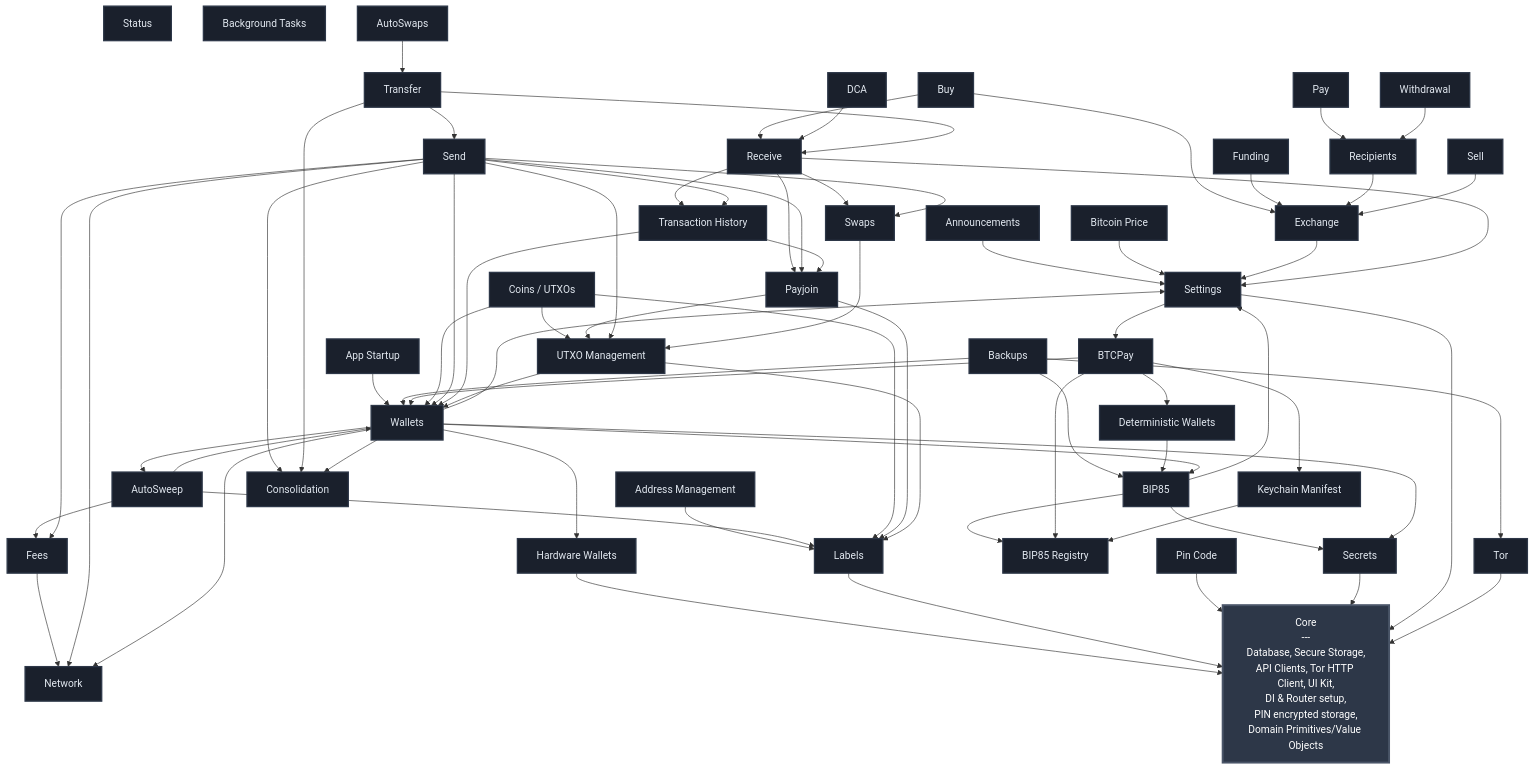
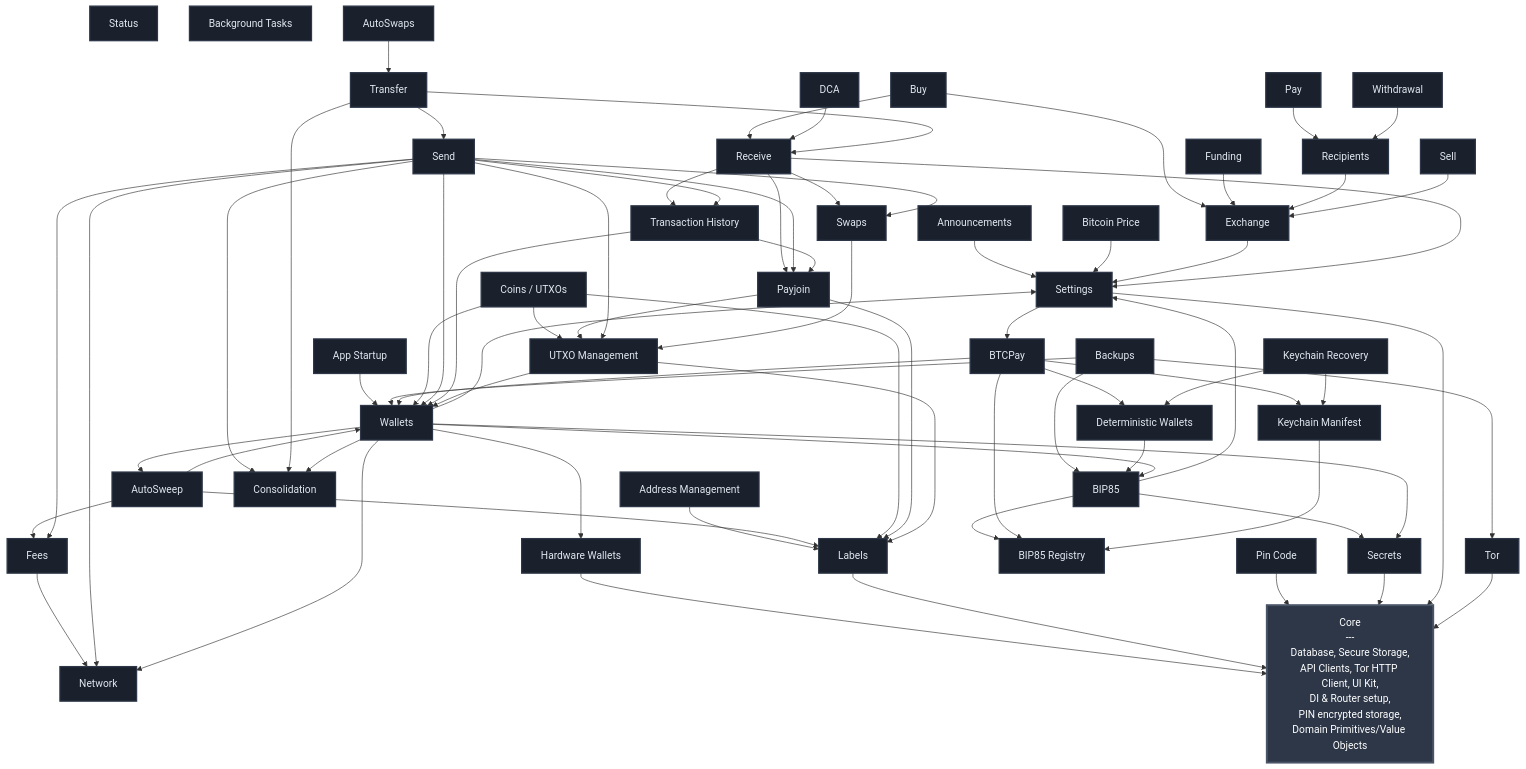
The diagram in FEATURES.md (BullishNode/bullbitcoin-mobile), drawn with Mermaid before and after one commit. The commit also changed 11 other files, not shown here.

Commit message:
feat(keychain_recovery): restore manifest wallet materializations

````diff
--- a/FEATURES.md
+++ b/FEATURES.md
@@ -25,6 +25,7 @@
     BIP85_REGISTRY[BIP85 Registry]
     DETERMINISTIC_WALLETS[Deterministic Wallets]
     KEYCHAIN_MANIFEST[Keychain Manifest]
+    KEYCHAIN_RECOVERY[Keychain Recovery]
     FEES[Fees]
     WALLETS[Wallets]
     EXCHANGE[Exchange]
@@ -75,6 +76,8 @@
     BTCPAY --> DETERMINISTIC_WALLETS
     BTCPAY --> KEYCHAIN_MANIFEST
     BTCPAY --> WALLETS
+    KEYCHAIN_RECOVERY --> DETERMINISTIC_WALLETS
+    KEYCHAIN_RECOVERY --> KEYCHAIN_MANIFEST
     BUY --> EXCHANGE
     BUY --> RECEIVE
     COINS --> UTXO_MGMT
@@ -132,5 +135,5 @@
     classDef featureStyle fill:#1a202c,stroke:#2d3748,stroke-width:2px,color:#e2e8f0
 
     class CORE coreStyle
-    class SETTINGS,TOR,PIN_CODE,LABELS,SECRETS,HW_WALLETS,BTC_PRICE,BTCPAY,NETWORK,BIP85,BIP85_REGISTRY,DETERMINISTIC_WALLETS,KEYCHAIN_MANIFEST,FEES,WALLETS,EXCHANGE,APP_STARTUP,UTXO_MGMT,ADDRESS_MGMT,RECIPIENTS,FUNDING,BACKUPS,SWAPS,PAYJOIN,WITHDRAWAL,STATUS,SEND,RECEIVE,TRANSFER,TX_HISTORY,BG_TASKS,AUTOSWAPS,AUTOSWEEP,DCA,SELL,PAY,BUY,COINS,ANNOUNCEMENTS,CONSOLIDATION featureStyle
+    class SETTINGS,TOR,PIN_CODE,LABELS,SECRETS,HW_WALLETS,BTC_PRICE,BTCPAY,NETWORK,BIP85,BIP85_REGISTRY,DETERMINISTIC_WALLETS,KEYCHAIN_MANIFEST,KEYCHAIN_RECOVERY,FEES,WALLETS,EXCHANGE,APP_STARTUP,UTXO_MGMT,ADDRESS_MGMT,RECIPIENTS,FUNDING,BACKUPS,SWAPS,PAYJOIN,WITHDRAWAL,STATUS,SEND,RECEIVE,TRANSFER,TX_HISTORY,BG_TASKS,AUTOSWAPS,AUTOSWEEP,DCA,SELL,PAY,BUY,COINS,ANNOUNCEMENTS,CONSOLIDATION featureStyle
 ```
````
